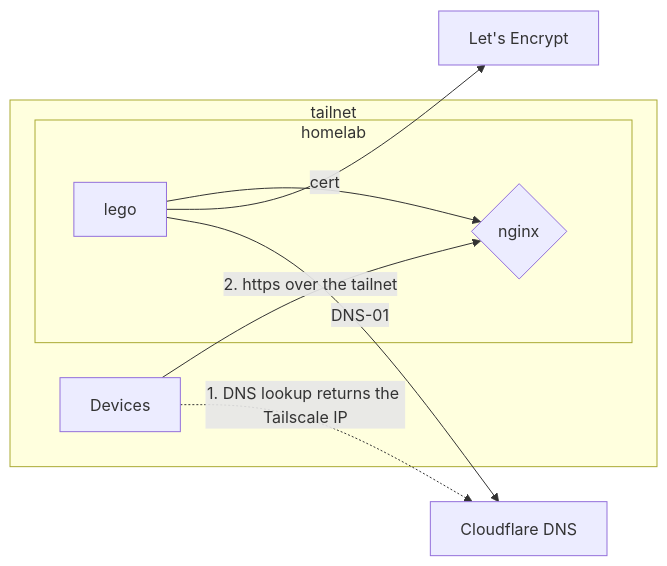
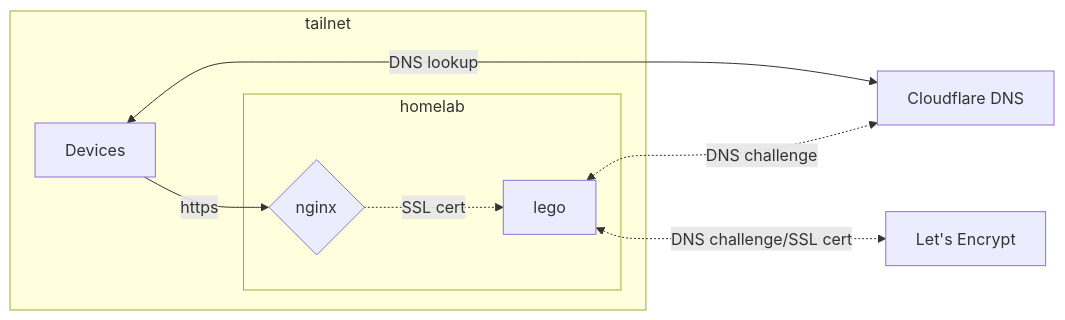
The first of 2 diagrams in README.md (alexpyoung/homelab), drawn with Mermaid before and after one commit.

Commit message:
doc(README): label DNS and cert edges in the external diagram

````diff
--- a/README.md
+++ b/README.md
@@ -55,17 +55,17 @@
 ```mermaid
 flowchart LR
     cf[Cloudflare DNS]
     le[Let's Encrypt]
     subgraph tailnet
         Devices
         subgraph homelab
             lego
             nginx{nginx}
         end
     end
-    Devices -."1. DNS lookup returns the Tailscale IP".-> cf
-    Devices --"2. https over the tailnet"--> nginx
-    lego --"DNS-01"--> cf
-    lego --> le
-    lego --"cert"--> nginx
+    Devices <-->|"DNS lookup"| cf
+    Devices --"https"--> nginx
+    lego <-.->|"DNS challenge"| cf
+    lego <-.->|"DNS challenge/SSL cert"| le
+    nginx -.->|"SSL cert"| lego
 ```
````
